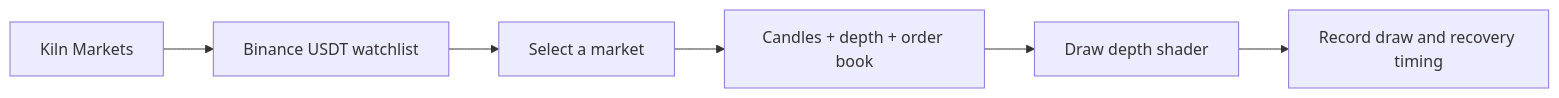
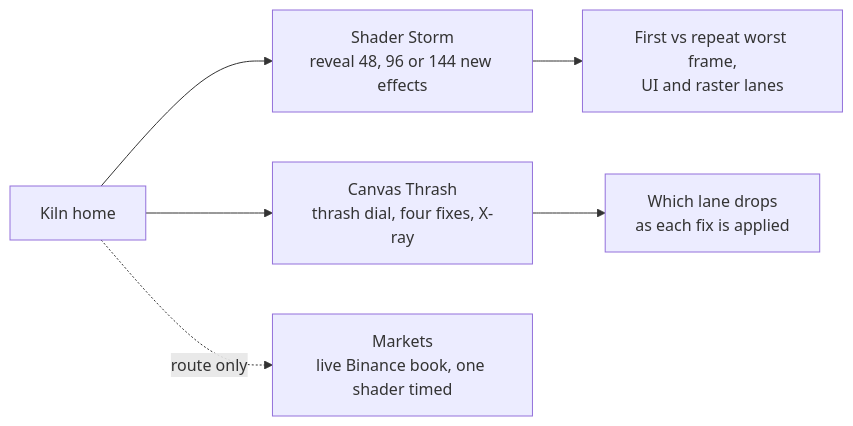
Before and after one commit to cm-collins/fluttercon-demo-app: the diagram in README.md, drawn with Mermaid. The commit also changed other lines of this file and 25 other files, not shown here.

First line of the commit message:
✨ feat(shader-lab): add Canvas Thrash to show what still costs after shaders

````diff
--- a/README.md
+++ b/README.md
@@ -23,8 +23,8 @@
 ```mermaid
 flowchart LR
-    home["Kiln Markets"] --> list["Binance USDT watchlist"]
-    list --> book["Select a market"]
-    book --> snapshot["Candles + depth + order book"]
-    snapshot --> draw["Draw depth shader"]
-    draw --> timing["Record draw and recovery timing"]
+    home["Kiln home"] --> storm["Shader Storm<br/>reveal 48, 96 or 144 new effects"]
+    home --> thrash["Canvas Thrash<br/>thrash dial, four fixes, X-ray"]
+    storm --> s1["First vs repeat worst frame,<br/>UI and raster lanes"]
+    thrash --> t1["Which lane drops<br/>as each fix is applied"]
+    home -.->|"route only"| markets["Markets<br/>live Binance book, one shader timed"]
 ```
````
